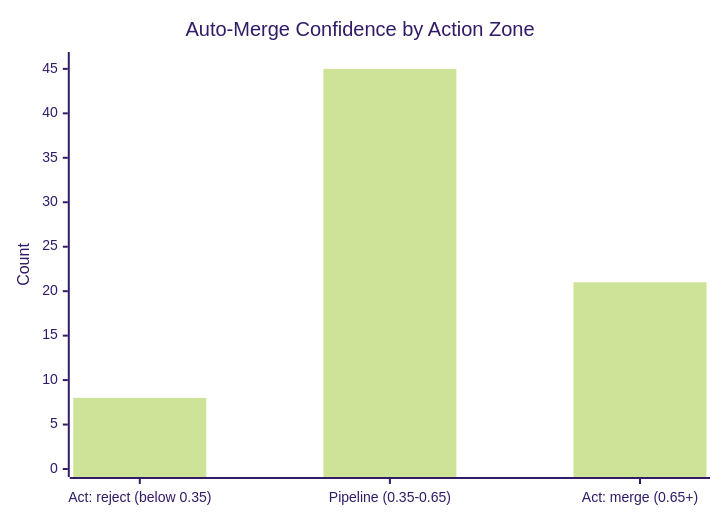
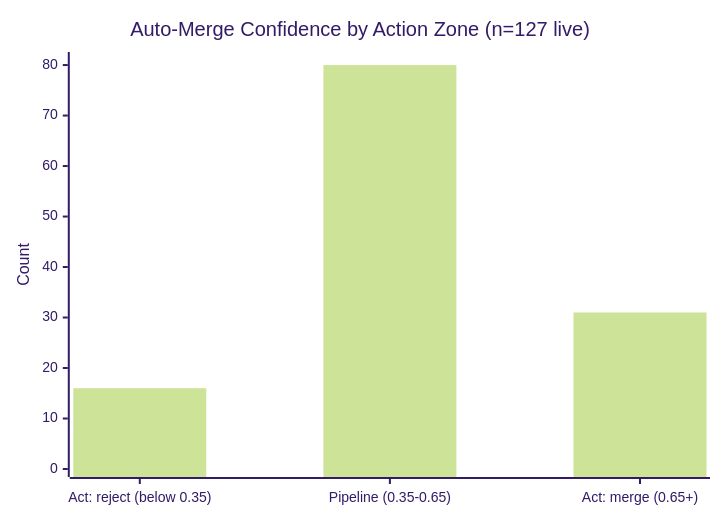
Before and after one commit to Sanctum-Origo-Systems/patina: the second of 4 diagrams in JEV.md, drawn with Mermaid (forest theme). The commit also changed other lines of this file, not shown here.

````diff
--- a/JEV.md
+++ b/JEV.md
@@ -39,7 +15,7 @@
 ```mermaid
 xychart-beta
-    title "Auto-Merge Confidence by Action Zone"
+    title "Auto-Merge Confidence by Action Zone (n=127 live)"
     x-axis ["Act: reject (below 0.35)", "Pipeline (0.35-0.65)", "Act: merge (0.65+)"]
-    y-axis "Count" 0 --> 46
-    bar [8, 45, 21]
+    y-axis "Count" 0 --> 81
+    bar [16, 80, 31]
 ```
````
